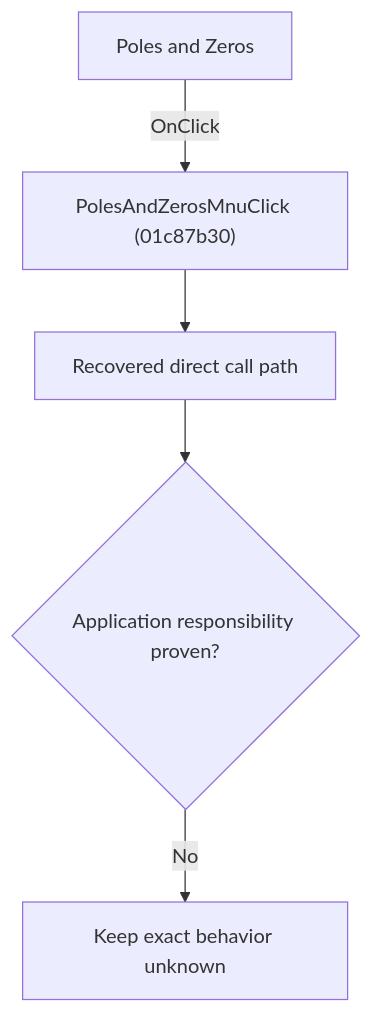
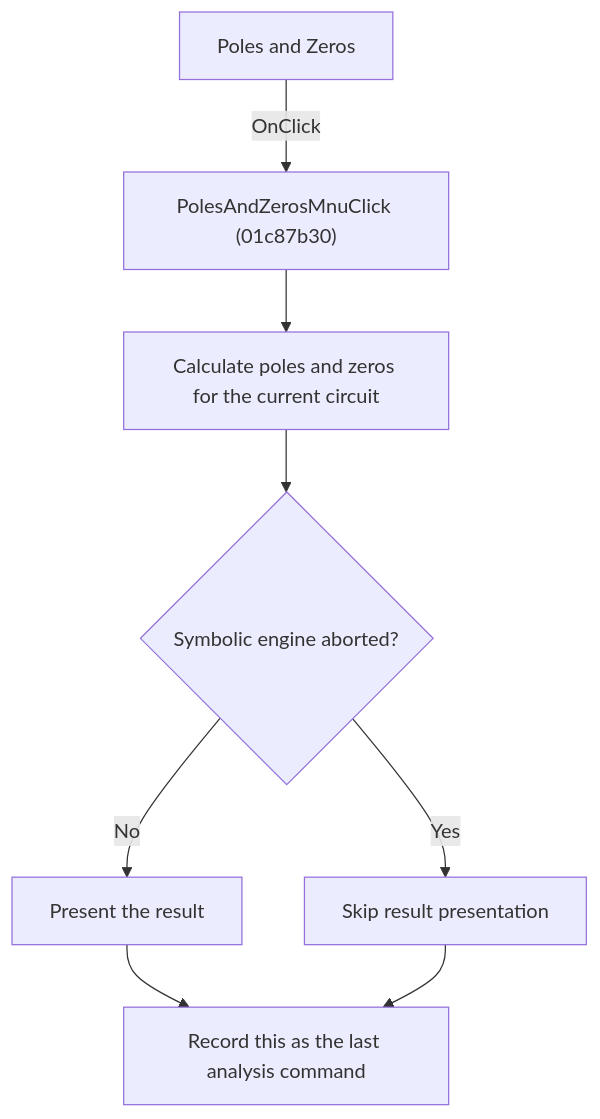
Before and after one commit to MovGP0/TIARA: the diagram in docs/ui-controls/schematiceditor/polesandzerosmnu-c079805998.md, drawn with Mermaid. The commit also changed other lines of this file and 241 other files, not shown here.

````diff
--- a/docs/ui-controls/schematiceditor/polesandzerosmnu-c079805998.md
+++ b/docs/ui-controls/schematiceditor/polesandzerosmnu-c079805998.md
@@ -27,7 +25,10 @@
 ```mermaid
 flowchart TD
     control["Poles and Zeros"] -->|"OnClick"| handler["PolesAndZerosMnuClick (01c87b30)"]
-    handler --> recovered["Recovered direct call path"]
-    recovered --> gap{"Application responsibility proven?"}
-    gap -->|"No"| blocked["Keep exact behavior unknown"]
+    handler --> calculate["Calculate poles and zeros for the current circuit"]
+    calculate --> aborted{"Symbolic engine aborted?"}
+    aborted -->|"No"| show["Present the result"]
+    aborted -->|"Yes"| skip["Skip result presentation"]
+    show --> remember["Record this as the last analysis command"]
+    skip --> remember
 ```
````
